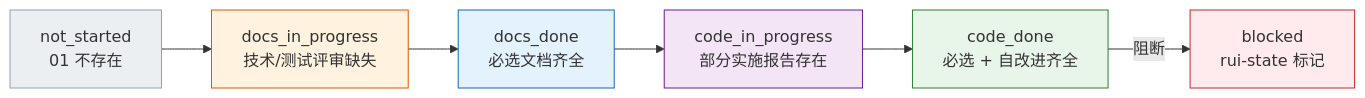
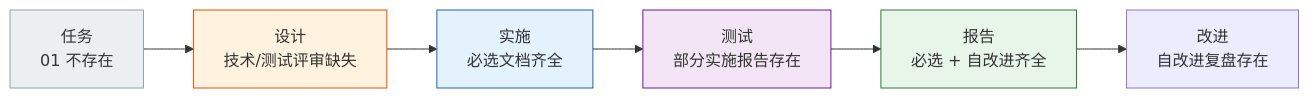
One commit to effiy/YrY changed the third of 5 diagrams in skills/rui/coder.md. Above: the diagram before and after it, drawn with Mermaid. The commit also changed other lines of this file and 50 other files, not shown here.

````diff
--- a/skills/rui/coder.md
+++ b/skills/rui/coder.md
@@ -100,15 +102,15 @@
 ```mermaid
 flowchart LR
-    NS["not_started<br/>01 不存在"]:::s0 --> DIP["docs_in_progress<br/>技术/测试评审缺失"]:::s1
-    DIP --> DD["docs_done<br/>必选文档齐全"]:::s2
-    DD --> CIP["code_in_progress<br/>部分实施报告存在"]:::s3
-    CIP --> CD["code_done<br/>必选 + 自改进齐全"]:::s4
-    CD -->|"阻断"| BLK["blocked<br/>rui-state 标记"]:::block
+    NS["任务<br/>01 不存在"]:::s0 --> DIP["设计<br/>技术/测试评审缺失"]:::s1
+    DIP --> IMP["实施<br/>必选文档齐全"]:::s2
+    IMP --> TST["测试<br/>部分实施报告存在"]:::s3
+    TST --> RPT["报告<br/>必选 + 自改进齐全"]:::s4
+    RPT --> IMPV["改进<br/>自改进复盘存在"]:::s5
 
     classDef s0 fill:#eceff1,stroke:#90a4ae;
     classDef s1 fill:#fff3e0,stroke:#e65100;
     classDef s2 fill:#e3f2fd,stroke:#1565c0;
     classDef s3 fill:#f3e5f5,stroke:#6a1b9a;
     classDef s4 fill:#e8f5e9,stroke:#2e7d32;
     classDef block fill:#ffebee,stroke:#c62828;
 ```
````
